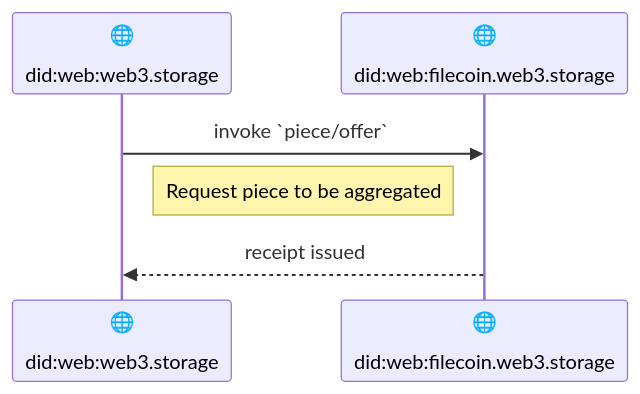
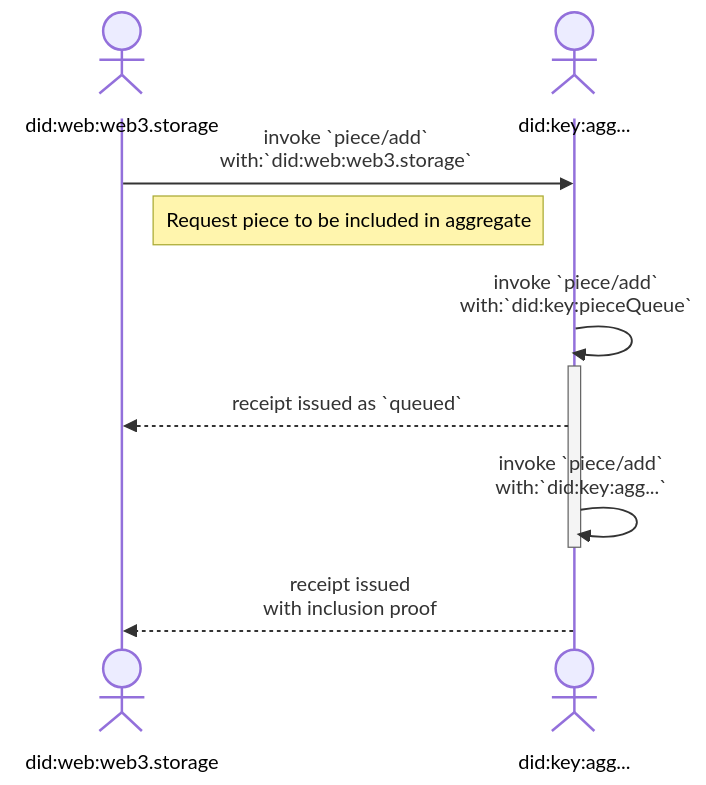
One commit to storacha/specs changed the second of 4 diagrams in w3-aggregation.md. Above: the diagram before and after it, drawn with Mermaid. The commit also changed other lines of this file and 1 other file, not shown here.

````diff
--- a/w3-aggregation.md
+++ b/w3-aggregation.md
@@ -80,9 +101,14 @@
 ```mermaid
 sequenceDiagram
-    participant Storefront as 🌐<br/><br/>did:web:web3.storage
-    participant Aggregator as 🌐<br/><br/>did:web:filecoin.web3.storage
+    actor Storefront as <br/><br/>did:web:web3.storage
+    actor Aggregator as <br/><br/>did:key:agg...
 
-    Storefront->>Aggregator: invoke `piece/offer`
-    Note left of Aggregator: Request piece to be aggregated
-    Aggregator-->>Storefront: receipt issued
+    Storefront->>Aggregator: invoke `piece/add`<br>with:`did:web:web3.storage`
+    Note left of Aggregator: Request piece to be included in aggregate
+    Aggregator->>Aggregator: invoke `piece/add`<br>with:`did:key:pieceQueue`
+    activate Aggregator
+    Aggregator-->>Storefront: receipt issued as `queued`
+    Aggregator->>Aggregator: invoke `piece/add`<br>with:`did:key:agg...`
+    deactivate Aggregator
+    Aggregator-->>Storefront: receipt issued <br>with inclusion proof
 ```
````
